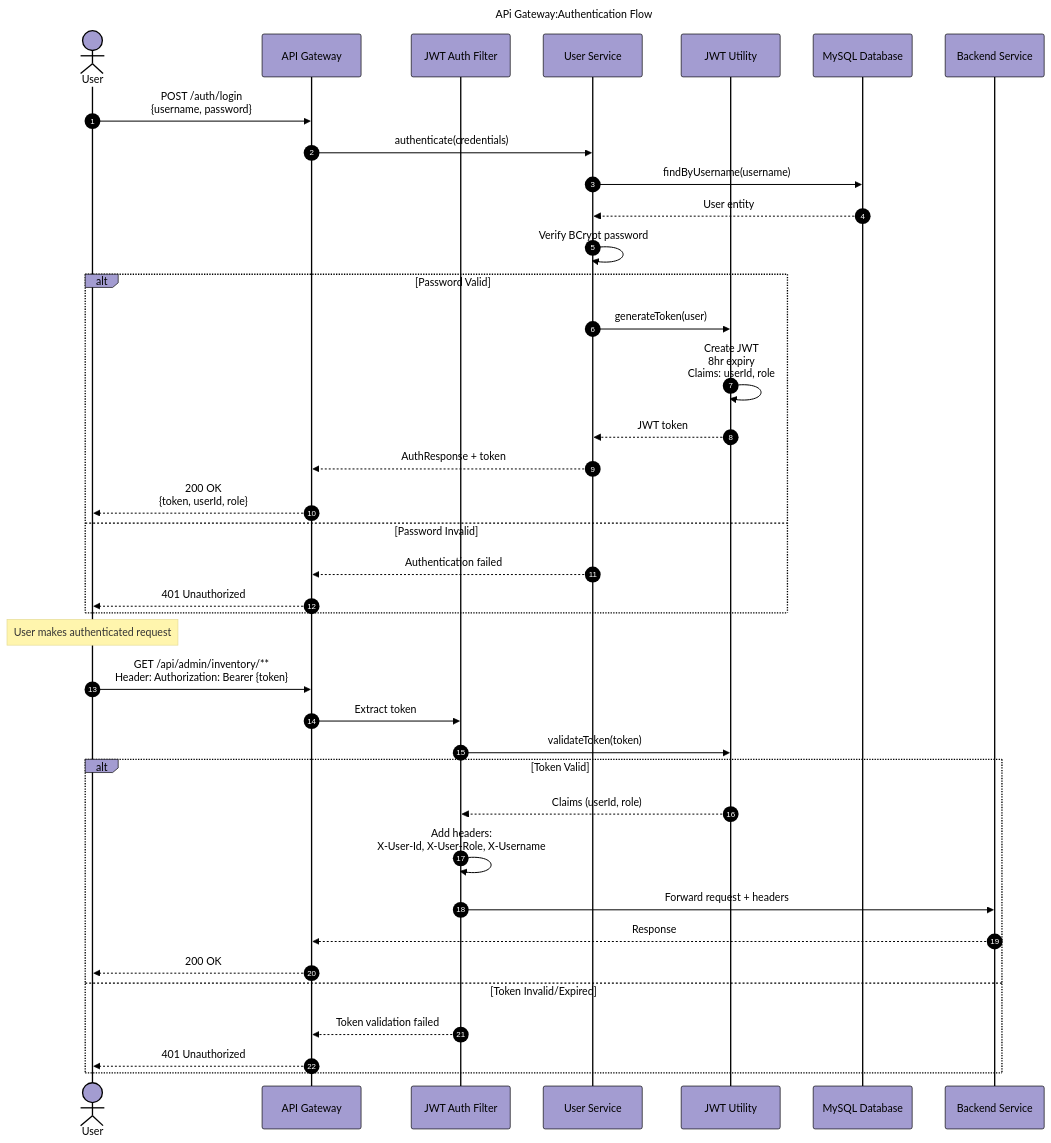
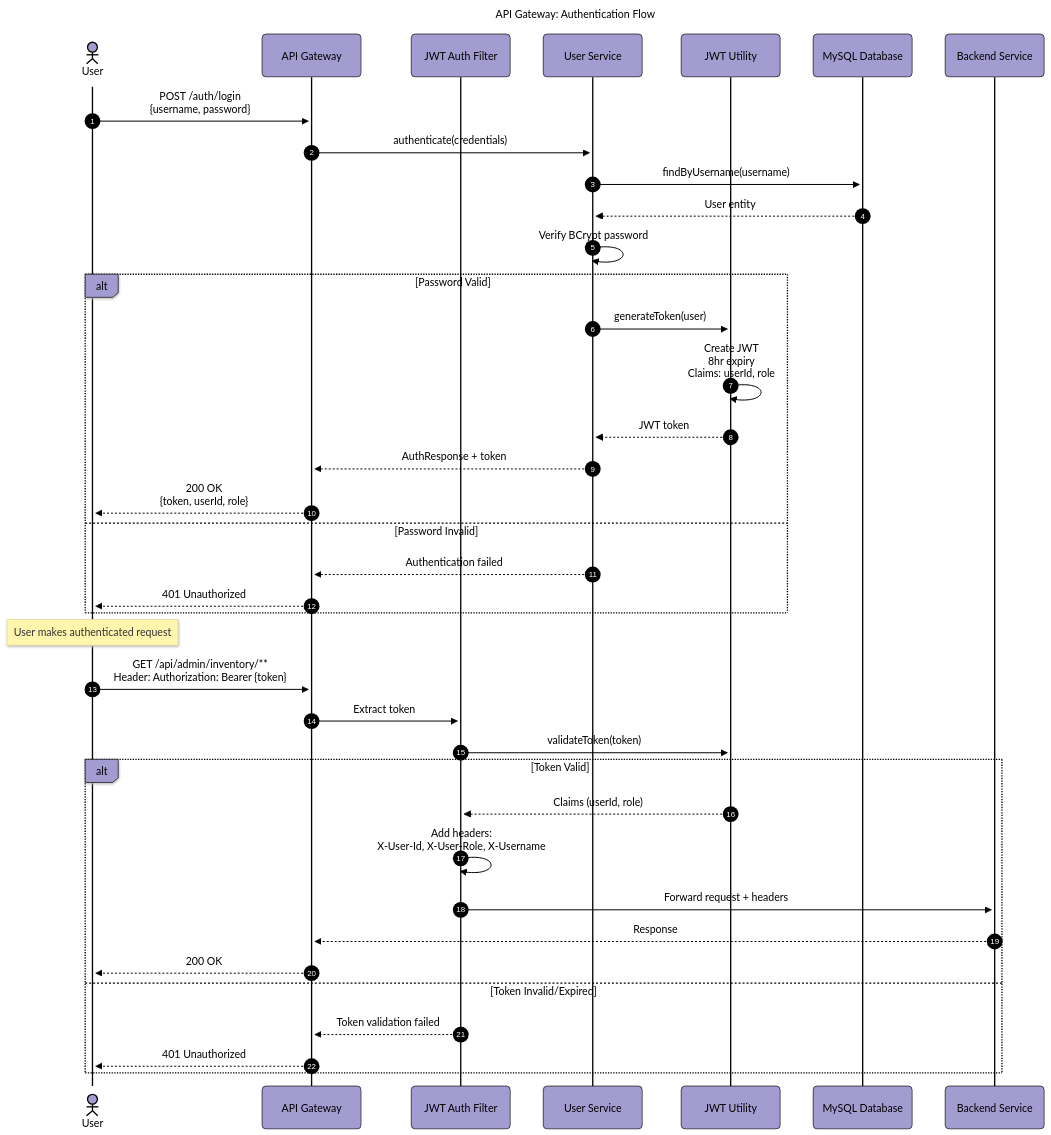
One commit to BrunoGil-AS/Vending-Machine-Microservices changed the third of 7 diagrams in Documentation/diagrams/api-gateway.md. Above: the diagram before and after it, drawn with Mermaid. The commit also changed other lines of this file and 7 other files, not shown here.

Commit message:
docs: Update service diagrams with new configurations and titles

````diff
--- a/Documentation/diagrams/api-gateway.md
+++ b/Documentation/diagrams/api-gateway.md
@@ -174,62 +173,62 @@
 ```mermaid
 ---
-title: "APi Gateway:Authentication Flow"
-displayMode: compact
 config:
-  theme: 'base'
+  theme: base
   themeVariables:
     primaryColor: '#a39cd1ff'
     primaryTextColor: '#000000'
     secondaryTextColor: '#ffffffff'
     primaryBorderColor: '#000000'
     lineColor: '#000000ff'
     secondaryColor: '#90b590ff'
-    tertiaryColor: '#fff'
+    tertiaryColor: '#f9f6a1ff'
+  look: neo
+title: 'API Gateway: Authentication Flow'
 ---
 sequenceDiagram
     autonumber
     actor User
     participant Gateway as API Gateway
     participant AuthFilter as JWT Auth Filter
     participant UserService as User Service
     participant JwtUtil as JWT Utility
     participant DB as MySQL Database
     participant Backend as Backend Service
 
     User->>Gateway: POST /auth/login<br/>{username, password}
     Gateway->>UserService: authenticate(credentials)
 
     UserService->>DB: findByUsername(username)
     DB-->>UserService: User entity
 
     UserService->>UserService: Verify BCrypt password
 
     alt Password Valid
         UserService->>JwtUtil: generateToken(user)
         JwtUtil->>JwtUtil: Create JWT<br/>8hr expiry<br/>Claims: userId, role
         JwtUtil-->>UserService: JWT token
         UserService-->>Gateway: AuthResponse + token
         Gateway-->>User: 200 OK<br/>{token, userId, role}
     else Password Invalid
         UserService-->>Gateway: Authentication failed
         Gateway-->>User: 401 Unauthorized
     end
 
     Note over User: User makes authenticated request
 
     User->>Gateway: GET /api/admin/inventory/**<br/>Header: Authorization: Bearer {token}
     Gateway->>AuthFilter: Extract token
 
     AuthFilter->>JwtUtil: validateToken(token)
 
     alt Token Valid
         JwtUtil-->>AuthFilter: Claims (userId, role)
         AuthFilter->>AuthFilter: Add headers:<br/>X-User-Id, X-User-Role, X-Username
         AuthFilter->>Backend: Forward request + headers
         Backend-->>Gateway: Response
         Gateway-->>User: 200 OK
     else Token Invalid/Expired
         AuthFilter-->>Gateway: Token validation failed
         Gateway-->>User: 401 Unauthorized
     end
 ```
````
